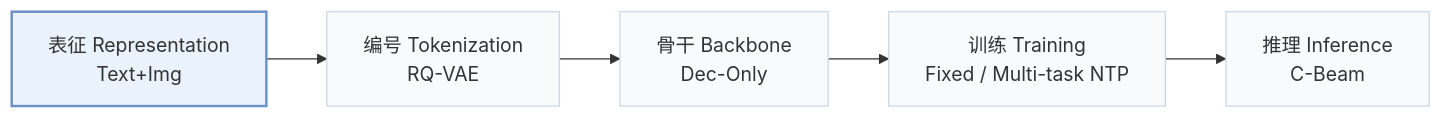
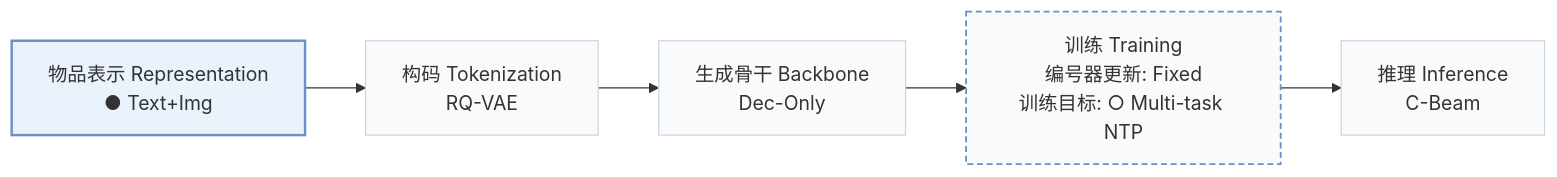
Before and after one commit to Galaxy-ghost/Awesome-SID-Generative-Rec: the first of 2 diagrams in pages/zh/papers/trialigngr.md, drawn with Mermaid. The commit also changed other lines of this file and 558 other files, not shown here.

````diff
--- a/pages/zh/papers/trialigngr.md
+++ b/pages/zh/papers/trialigngr.md
@@ -15,8 +18,10 @@
 ```mermaid
 flowchart LR
-    R["表征 Representation<br/>Text+Img"] --> T["编号 Tokenization<br/>RQ-VAE"] --> B["骨干 Backbone<br/>Dec-Only"] --> TR["训练 Training<br/>Fixed / Multi-task NTP"] --> I["推理 Inference<br/>C-Beam"]
+    R["物品表示 Representation<br/>● Text+Img"] --> T["构码 Tokenization<br/>RQ-VAE"] --> B["生成骨干 Backbone<br/>Dec-Only"] --> TR["训练 Training<br/>编号器更新: Fixed<br/>训练目标: ○ Multi-task NTP"] --> I["推理 Inference<br/>C-Beam"]
     classDef base fill:#f8fafc,stroke:#cbd5e1
     class R,T,B,TR,I base
+    classDef other fill:#f8fafc,stroke:#6b8fc7,stroke-width:1.5px,stroke-dasharray:5 3
+    class TR other
     classDef main fill:#eaf2fb,stroke:#6b8fc7,stroke-width:2px
     class R main
 ```
````
